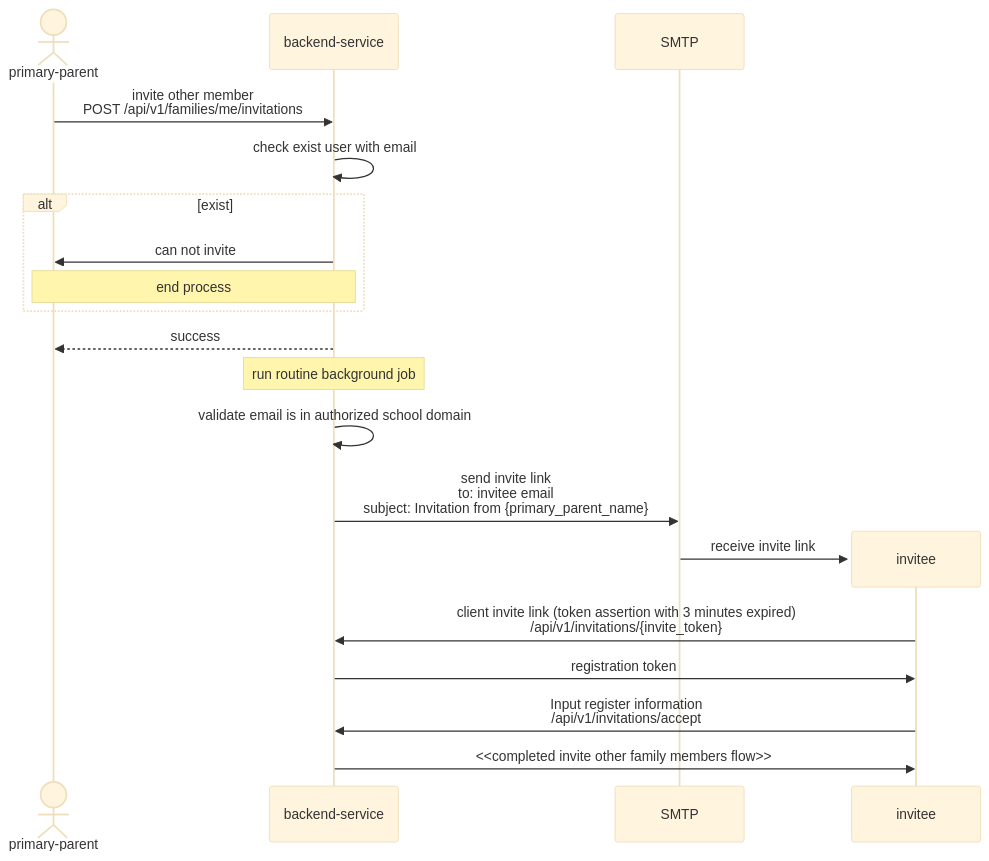
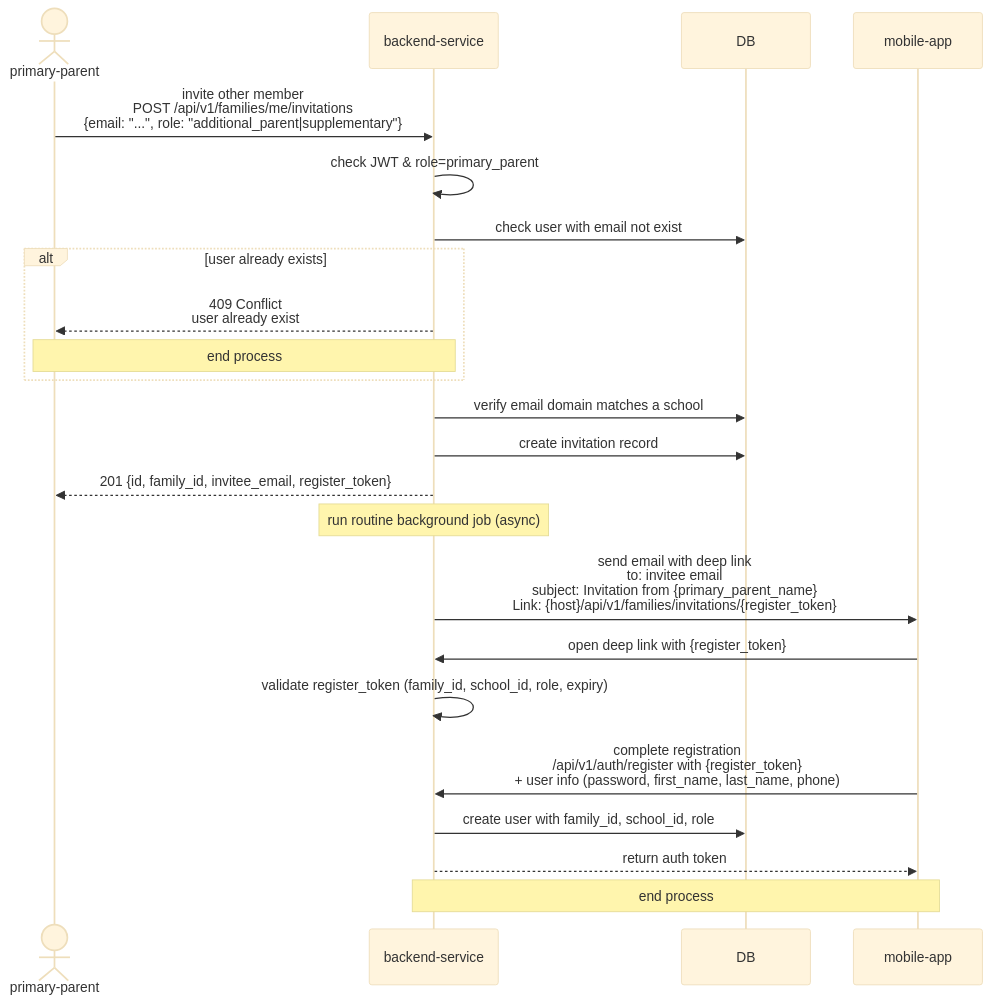
Before and after one commit to school-carpool-pickup/school-carpool-pickup.github.io: the diagram in pages/add-family-members.mdx, drawn with Mermaid (base theme). The commit also changed 1 other file, not shown here.

Commit message:
update add-family-members flow and remove add-student-members
- Updated sequence diagram to reflect DB and mobile-app interactions
- Removed deprecated add-student-members page

````diff
--- a/pages/add-family-members.mdx
+++ b/pages/add-family-members.mdx
@@ -7,24 +7,26 @@
 ```mermaid
 sequenceDiagram
     actor pp as primary-parent
     participant bs as backend-service
-    participant smtp as SMTP
+    participant db as DB
+    participant m as mobile-app
 
-    pp ->> bs: invite other member<br/>POST /api/v1/families/me/invitations
-    bs ->> bs: check exist user with email
-    alt exist
-    bs ->> pp: can not invite
-    note over pp, bs: end process
+    pp ->> bs: invite other member<br/>POST /api/v1/families/me/invitations<br/>{email: "...", role: "additional_parent|supplementary"}
+    bs ->> bs: check JWT & role=primary_parent
+    bs ->> db: check user with email not exist
+    alt user already exists
+        bs -->> pp: 409 Conflict<br/>user already exist
+        note over pp, bs: end process
     end
-    bs -->> pp: success
-    note over bs: run routine background job
-    bs ->> bs: validate email is in authorized school domain
-    bs ->> smtp: send invite link<br/>to: invitee email<br/>subject: Invitation from {primary_parent_name}
-    create participant in as invitee
-    smtp ->> in: receive invite link
-    in ->> bs: client invite link (token assertion with 3 minutes expired)<br/>/api/v1/invitations/{invite_token}
-    bs ->> in: registration token
-    in ->> bs: Input register information<br/>/api/v1/invitations/accept
-    bs ->> in: <<completed invite other family members flow>>
-    destroy in
+    bs ->> db: verify email domain matches a school
+    bs ->> db: create invitation record
+    bs -->> pp: 201 {id, family_id, invitee_email, register_token}
+    note over bs: run routine background job (async)
+    bs ->> m: send email with deep link<br/>to: invitee email<br/>subject: Invitation from {primary_parent_name}<br/>Link: {host}/api/v1/families/invitations/{register_token}
+    m ->> bs: open deep link with {register_token}
+    bs ->> bs: validate register_token (family_id, school_id, role, expiry)
+    m ->> bs: complete registration<br/>/api/v1/auth/register with {register_token}<br/>+ user info (password, first_name, last_name, phone)
+    bs ->> db: create user with family_id, school_id, role
+    bs -->> m: return auth token
+    note over bs, m: end process
 ```
````
